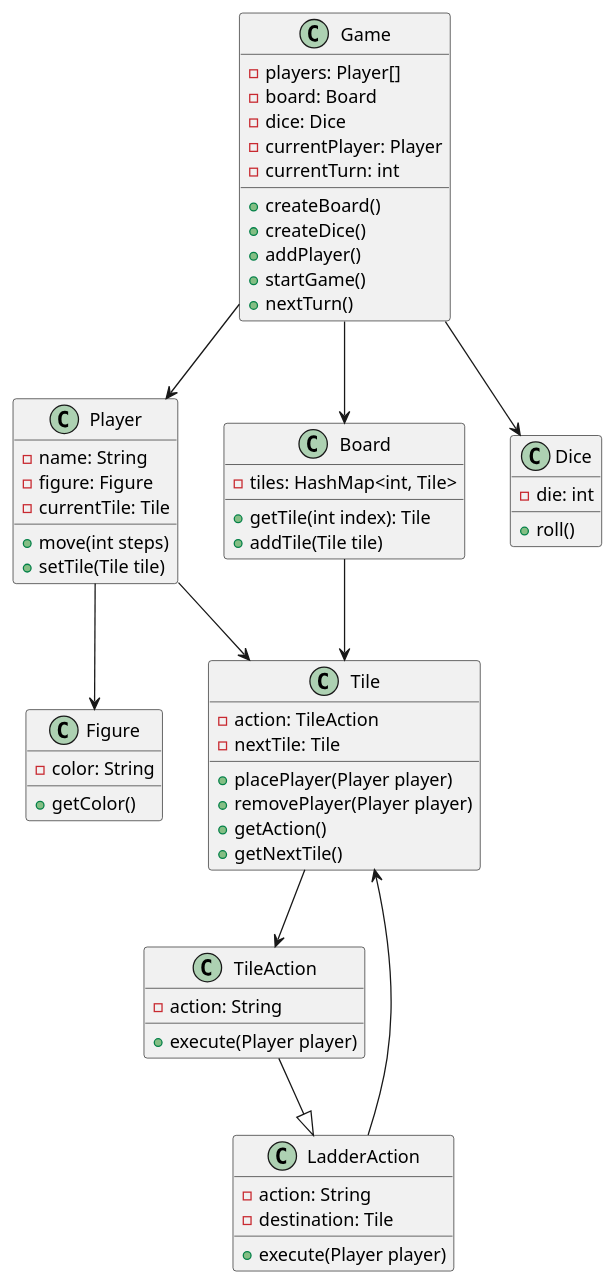
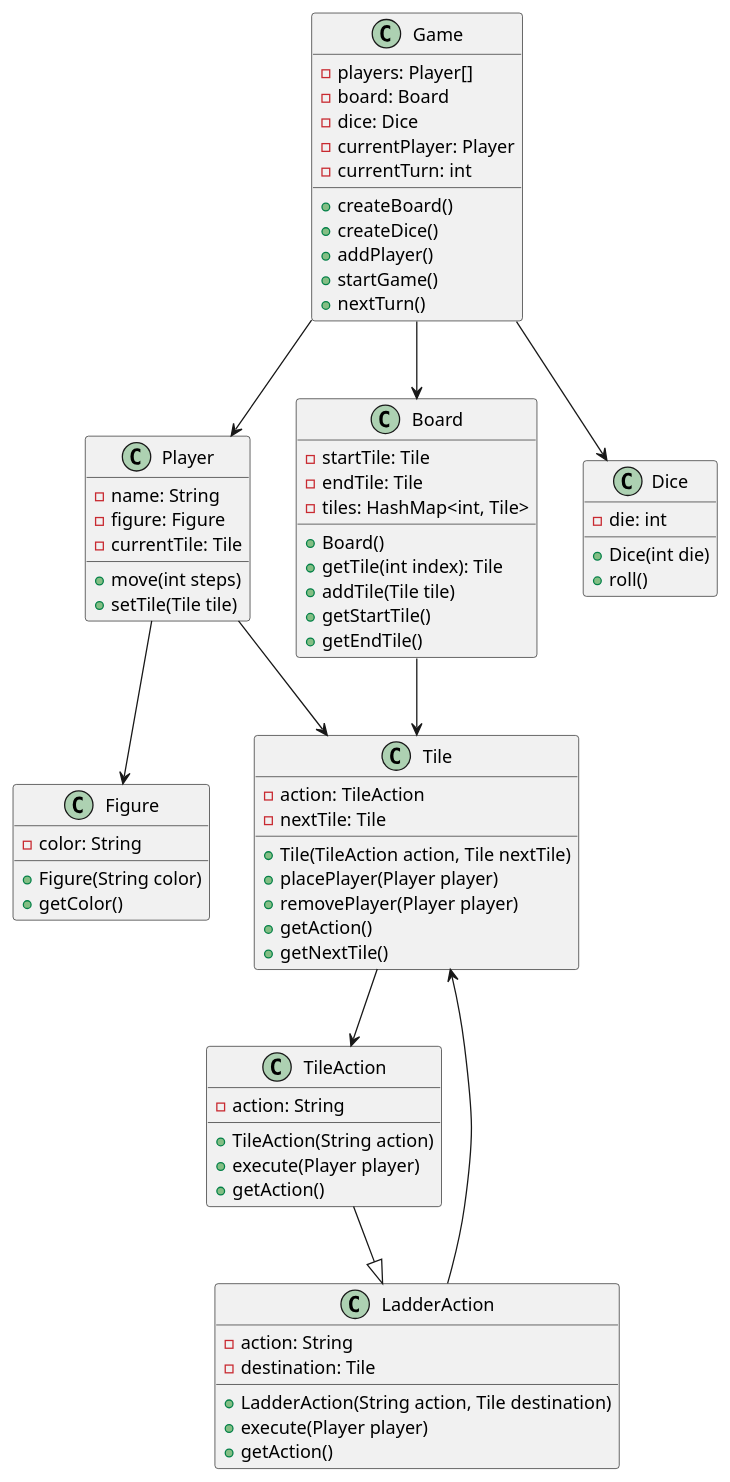
The diagram in classdiagram.puml (Segward/ladder-game), drawn with PlantUML before and after one commit. The commit also changed 16 other files, not shown here.

```diff
--- a/classdiagram.puml
+++ b/classdiagram.puml
@@ -1,70 +1,82 @@
 @startuml
 
 class Game {
     -players: Player[]
     -board: Board
     -dice: Dice
     -currentPlayer: Player
     -currentTurn: int
     +createBoard()
     +createDice()
     +addPlayer()
     +startGame()
     +nextTurn()
 }
 
 class Player {
     -name: String
     -figure: Figure
     -currentTile: Tile
     +move(int steps)
     +setTile(Tile tile)
 }
 
 class Figure {
     -color: String
+    +Figure(String color)
     +getColor()
 }
 
 class Board {
+    -startTile: Tile
+    -endTile: Tile
     -tiles: HashMap<int, Tile>
+    +Board()
     +getTile(int index): Tile
     +addTile(Tile tile)
+    +getStartTile()
+    +getEndTile()
 }
 
 class Dice {
     -die: int
+    +Dice(int die)
     +roll()
 }
 
 class Tile {
     -action: TileAction
     -nextTile: Tile
+    +Tile(TileAction action, Tile nextTile)
     +placePlayer(Player player)
     +removePlayer(Player player)
     +getAction()
     +getNextTile()
 }
 
 class TileAction {
     -action: String
+    +TileAction(String action)
     +execute(Player player)
+    +getAction()
 }
 
 class LadderAction {
     -action: String
     -destination: Tile
+    +LadderAction(String action, Tile destination)
     +execute(Player player)
+    +getAction()
 }
 
 Game --> Player
 Game --> Board
 Game --> Dice
 Player --> Figure
 Board --> Tile
 Tile --> TileAction
 TileAction --|> LadderAction
 LadderAction --> Tile
 Player --> Tile
 
 @enduml
```
